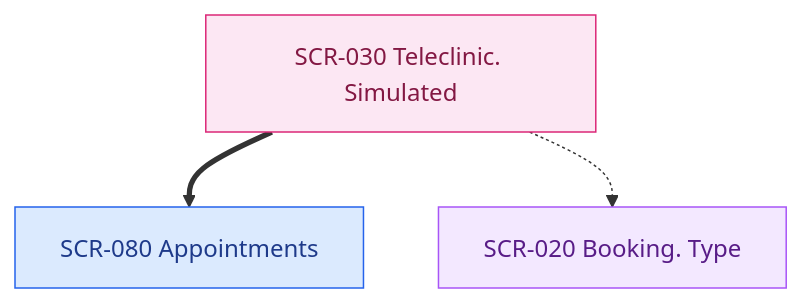
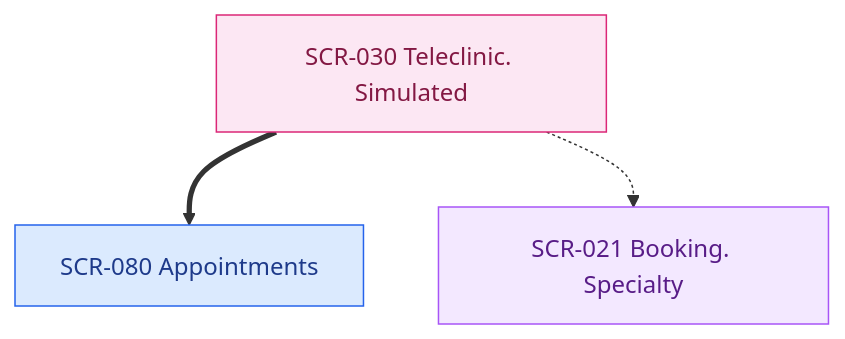
One commit to garyctc/MedAlpha-Flow changed the third of 4 diagrams in docs/artifacts/userflows/FLOWS.md. Above: the diagram before and after it, drawn with Mermaid. The commit also changed other lines of this file and 7 other files, not shown here.

````diff
--- a/docs/artifacts/userflows/FLOWS.md
+++ b/docs/artifacts/userflows/FLOWS.md
@@ -95,18 +107,18 @@
 ```mermaid
 graph TD
   %% Class palette (domain colors)
   classDef appt fill:#DBEAFE,stroke:#2563EB,color:#1E3A8A;
   classDef booking fill:#F3E8FF,stroke:#A855F7,color:#581C87;
   classDef teleclinic fill:#FCE7F3,stroke:#DB2777,color:#831843;
 
   teleclinic-simulated["SCR-030 Teleclinic. Simulated"]
   appt-list["SCR-080 Appointments"]
-  booking-type["SCR-020 Booking. Type"]
+  booking-specialty["SCR-021 Booking. Specialty"]
 
   teleclinic-simulated ==> appt-list
-  teleclinic-simulated -.-> booking-type
+  teleclinic-simulated -.-> booking-specialty
 
   class teleclinic-simulated teleclinic;
   class appt-list appt;
-  class booking-type booking;
+  class booking-specialty booking;
 ```
````
